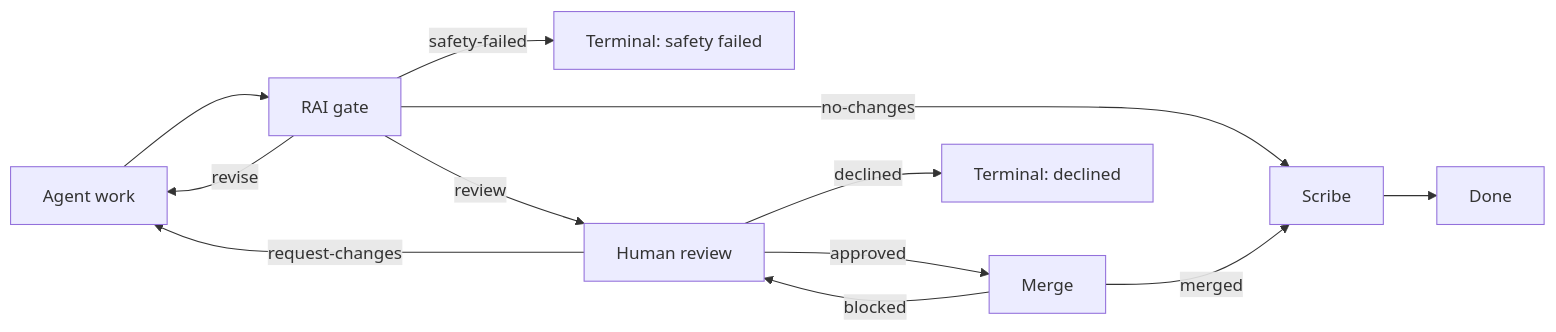
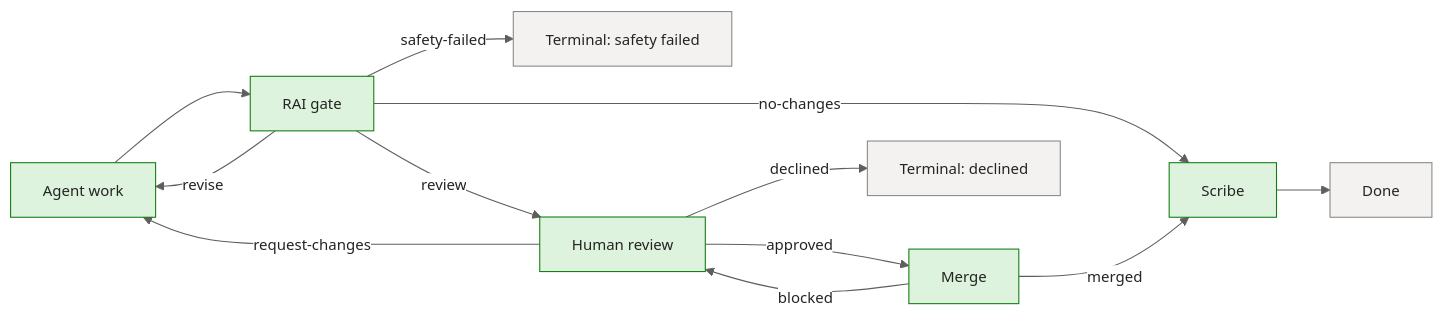
The third of 11 diagrams in docs/deep-dive/workflow-engine.md (sabbour/agentweaver), drawn with Mermaid before and after one commit. The commit also changed other lines of this file and 13 other files, not shown here.

````diff
--- a/docs/deep-dive/workflow-engine.md
+++ b/docs/deep-dive/workflow-engine.md
@@ -108,14 +157,26 @@
 ```mermaid
+%%{init: {'theme':'base','themeVariables':{'fontFamily':'Segoe UI, system-ui, -apple-system, sans-serif','fontSize':'14px','primaryColor':'#E8EEF9','primaryBorderColor':'#0F6CBD','primaryTextColor':'#242424','lineColor':'#605E5C','clusterBkg':'#FAF9F8','clusterBorder':'#D2D0CE','edgeLabelBackground':'#FFFFFF'}}}%%
 flowchart LR
     Agent[Agent work] --> Rai[RAI gate]
     Rai -- revise --> Agent
     Rai -- safety-failed --> SafetyFailed[Terminal: safety failed]
     Rai -- no-changes --> Scribe[Scribe]
     Rai -- review --> Human[Human review]
     Human -- request-changes --> Agent
     Human -- declined --> Declined[Terminal: declined]
     Human -- approved --> Merge[Merge]
     Merge -- blocked --> Human
     Merge -- merged --> Scribe
     Scribe --> Done[Done]
+
+    classDef client fill:#E8EEF9,stroke:#0F6CBD,stroke-width:1px,color:#242424;
+    classDef svc fill:#F3F2F1,stroke:#8A8886,stroke-width:1px,color:#242424;
+    classDef core fill:#CFE4FA,stroke:#0F6CBD,stroke-width:2px,color:#242424;
+    classDef data fill:#FFF4CE,stroke:#C19C00,stroke-width:1px,color:#242424;
+    classDef ext fill:#F0E8F8,stroke:#8764B8,stroke-width:1px,color:#242424;
+    classDef runtime fill:#DDF3DD,stroke:#107C10,stroke-width:1px,color:#242424;
+    classDef evt fill:#D6F0F0,stroke:#038387,stroke-width:1px,color:#242424;
+
+    class Agent,Rai,Human,Merge,Scribe runtime;
+    class SafetyFailed,Declined,Done svc;
 ```
````
